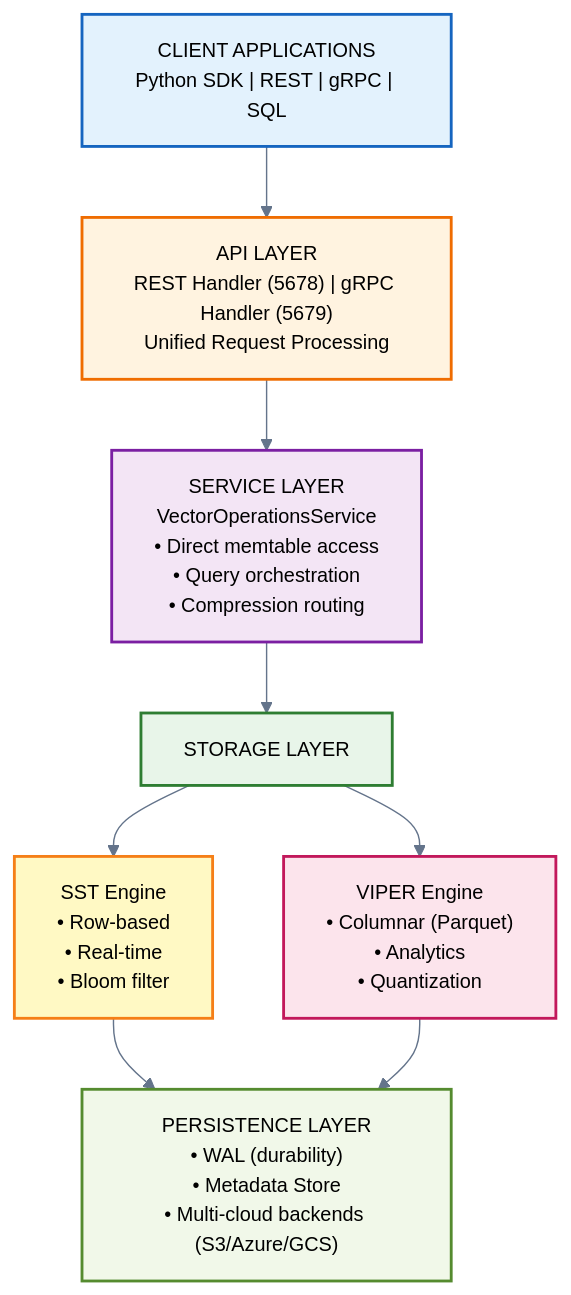
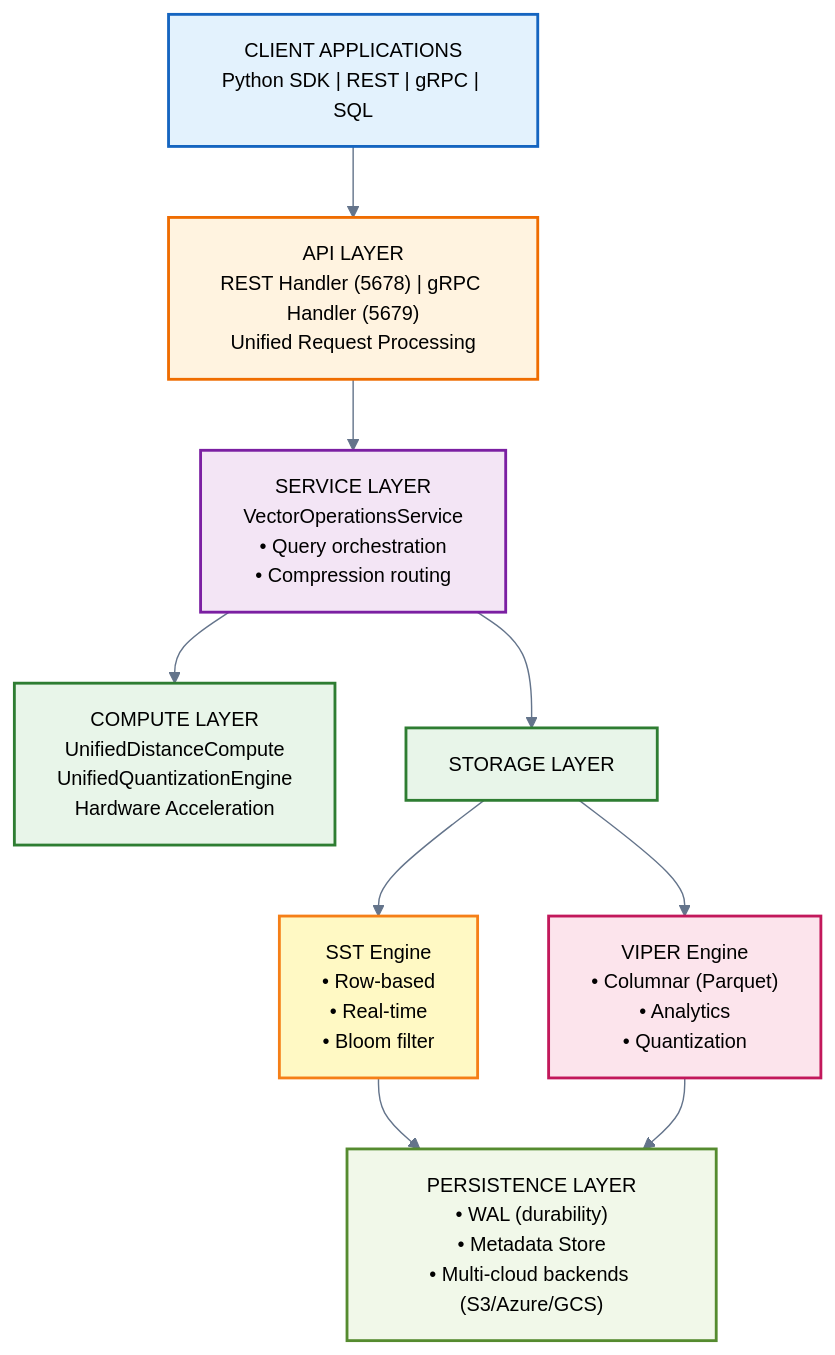
One commit to vjsingh1984/proximaDB changed the diagram in docs/diagrams/system-layers.mmd. Above: the diagram before and after it, drawn with Mermaid. The commit also changed 114 other files, not shown here.

```diff
--- a/docs/diagrams/system-layers.mmd
+++ b/docs/diagrams/system-layers.mmd
@@ -1,21 +1,23 @@
 %%{init: {"theme":"neutral", "themeVariables": {"primaryColor":"#4A90E2","primaryBorderColor":"#2563eb","secondaryColor":"#5CB85C","tertiaryColor":"#F5A623","lineColor":"#64748b","background":"transparent","fontFamily":"-apple-system, BlinkMacSystemFont, Segoe UI, Roboto, sans-serif","fontSize":"14px"}}}%%
 graph TD
     Client["CLIENT APPLICATIONS<br/>Python SDK | REST | gRPC | SQL"] --> API["API LAYER<br/>REST Handler (5678) | gRPC Handler (5679)<br/>Unified Request Processing"]
     
-    API --> Service["SERVICE LAYER<br/>VectorOperationsService<br/>• Direct memtable access<br/>• Query orchestration<br/>• Compression routing"]
+    API --> Service["SERVICE LAYER<br/>VectorOperationsService<br/>• Query orchestration<br/>• Compression routing"]
     
+    Service --> Compute["COMPUTE LAYER<br/>UnifiedDistanceCompute<br/>UnifiedQuantizationEngine<br/>Hardware Acceleration"]
     Service --> Storage["STORAGE LAYER"]
     
     Storage --> SST["SST Engine<br/>• Row-based<br/>• Real-time<br/>• Bloom filter"]
     Storage --> VIPER["VIPER Engine<br/>• Columnar (Parquet)<br/>• Analytics<br/>• Quantization"]
     
     SST --> Persistence["PERSISTENCE LAYER<br/>• WAL (durability)<br/>• Metadata Store<br/>• Multi-cloud backends (S3/Azure/GCS)"]
     VIPER --> Persistence
     
     style Client fill:#e3f2fd,stroke:#1565c0,stroke-width:2px
     style API fill:#fff3e0,stroke:#ef6c00,stroke-width:2px
     style Service fill:#f3e5f5,stroke:#7b1fa2,stroke-width:2px
+    style Compute fill:#e8f5e9,stroke:#2e7d32,stroke-width:2px
     style Storage fill:#e8f5e9,stroke:#2e7d32,stroke-width:2px
     style SST fill:#fff9c4,stroke:#f57f17,stroke-width:2px
     style VIPER fill:#fce4ec,stroke:#c2185b,stroke-width:2px
     style Persistence fill:#f1f8e9,stroke:#558b2f,stroke-width:2px
```
